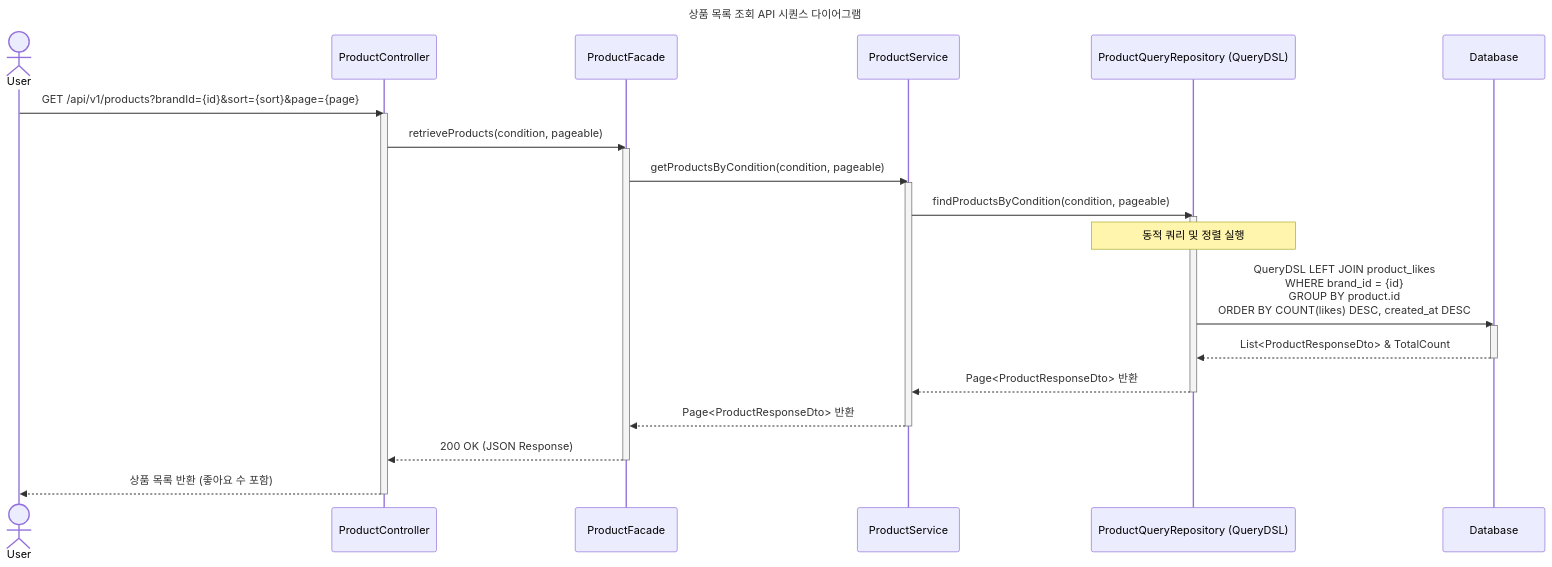
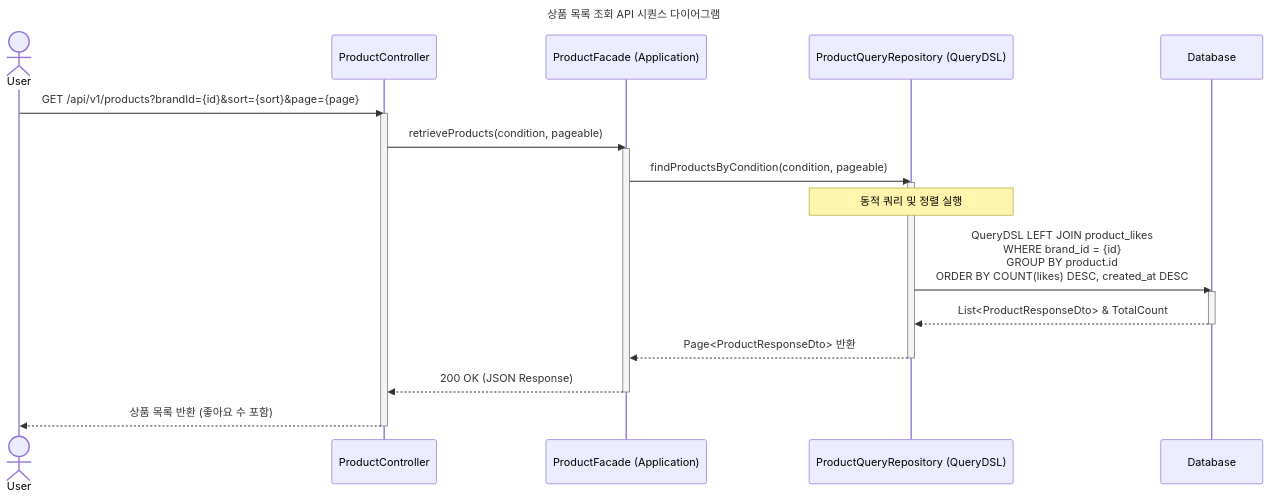
The fifth of 5 diagrams in docs/week2/02-sequence-diagrams.md (loopers-labs/loop-pack-be-l2-vol4-java), drawn with Mermaid before and after one commit. The commit also changed other lines of this file and 1 other file, not shown here.

````diff
--- a/docs/week2/02-sequence-diagrams.md
+++ b/docs/week2/02-sequence-diagrams.md
@@ -293,41 +170,33 @@
 ```mermaid
 sequenceDiagram
     title 상품 목록 조회 API 시퀀스 다이어그램
     actor User
     participant Controller as ProductController
-    participant Facade as ProductFacade
-    participant ProductSvc as ProductService
+    participant Facade as ProductFacade (Application)
     participant Repo as ProductQueryRepository (QueryDSL)
     participant DB as Database
 
     User->>Controller: GET /api/v1/products?brandId={id}&sort={sort}&page={page}
     activate Controller
 
     Controller->>Facade: retrieveProducts(condition, pageable)
     activate Facade
 
-
-    Facade->>ProductSvc: getProductsByCondition(condition, pageable)
-    activate ProductSvc
-
-    ProductSvc->>Repo: findProductsByCondition(condition, pageable)
+    Facade->>Repo: findProductsByCondition(condition, pageable)
     activate Repo
     
     Note over Repo: 동적 쿼리 및 정렬 실행
     Repo->>DB: QueryDSL LEFT JOIN product_likes<br/>WHERE brand_id = {id}<br/>GROUP BY product.id<br/>ORDER BY COUNT(likes) DESC, created_at DESC
     activate DB
     DB-->>Repo: List<ProductResponseDto> & TotalCount
     deactivate DB
 
-    Repo-->>ProductSvc: Page<ProductResponseDto> 반환
+    Repo-->>Facade: Page<ProductResponseDto> 반환
     deactivate Repo
-
-    ProductSvc-->>Facade: Page<ProductResponseDto> 반환
-    deactivate ProductSvc
 
     Facade-->>Controller: 200 OK (JSON Response)
     deactivate Facade
 
     Controller-->>User: 상품 목록 반환 (좋아요 수 포함)
     deactivate Controller
 ```
````
